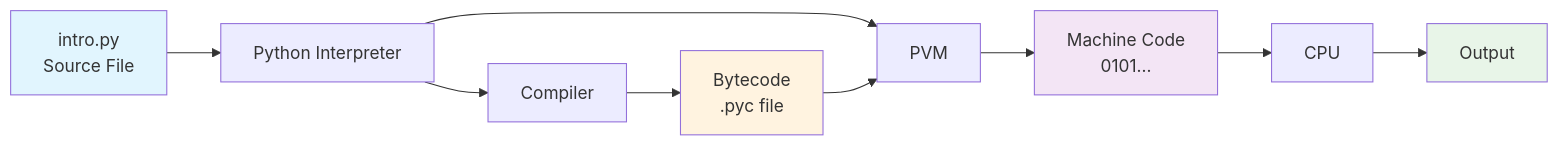
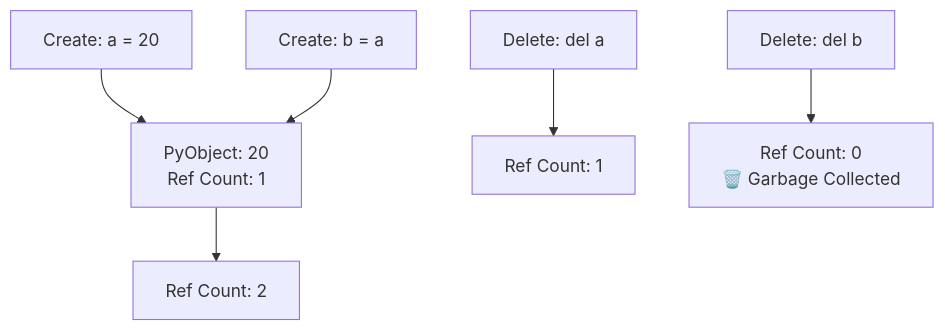
Before and after one commit to Yash-Kavaiya/Python-DSA: the second of 4 diagrams in Vizuara/4_ Python Basics Lecture 1: Variables, Data Types, Casting & Operators.md, drawn with Mermaid. The commit also changed other lines of this file, not shown here.

Commit message:
Implement code changes to enhance functionality and improve performance

````diff
--- a/Vizuara/4_ Python Basics Lecture 1: Variables, Data Types, Casting & Operators.md
+++ b/Vizuara/4_ Python Basics Lecture 1: Variables, Data Types, Casting & Operators.md
@@ -53,16 +105,8 @@
 ```mermaid
-flowchart LR
-    A[intro.py<br/>Source File] --> B[Python Interpreter]
-    B --> C[Compiler]
-    B --> D[PVM]
-    C --> E[Bytecode<br/>.pyc file]
-    E --> D
-    D --> F[Machine Code<br/>0101...]
-    F --> G[CPU]
-    G --> H[Output]
-    
-    style A fill:#e1f5fe
-    style E fill:#fff3e0
-    style F fill:#f3e5f5
-    style H fill:#e8f5e8
+graph TD
+    A[Create: a = 20] --> B[PyObject: 20<br/>Ref Count: 1]
+    C[Create: b = a] --> B
+    B --> D[Ref Count: 2]
+    E[Delete: del a] --> F[Ref Count: 1]
+    G[Delete: del b] --> H[Ref Count: 0<br/>🗑️ Garbage Collected]
 ```
````
